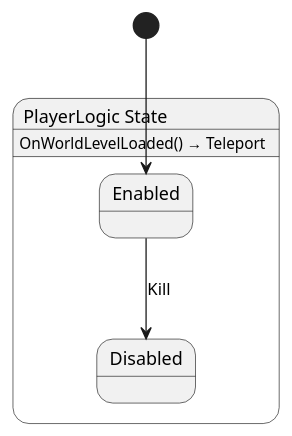
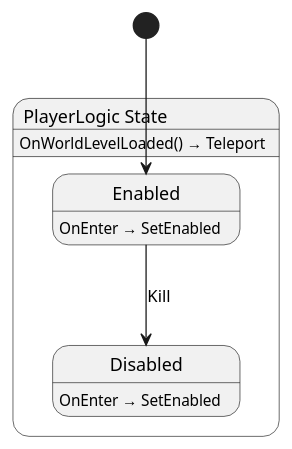
Before and after one commit to nilsiker/yolk: the diagram in Yolk.Logic/Player/PlayerLogic.g.puml, drawn with PlantUML. The commit also changed 6 other files, not shown here.

```diff
--- a/Yolk.Logic/Player/PlayerLogic.g.puml
+++ b/Yolk.Logic/Player/PlayerLogic.g.puml
@@ -1,12 +1,14 @@
 @startuml PlayerLogic
 state "PlayerLogic State" as Yolk_Logic_Player_PlayerLogic_State {
   state "Disabled" as Yolk_Logic_Player_PlayerLogic_State_Disabled
   state "Enabled" as Yolk_Logic_Player_PlayerLogic_State_Enabled
 }
 
 Yolk_Logic_Player_PlayerLogic_State_Enabled --> Yolk_Logic_Player_PlayerLogic_State_Disabled : Kill
 
 Yolk_Logic_Player_PlayerLogic_State : OnWorldLevelLoaded() → Teleport
+Yolk_Logic_Player_PlayerLogic_State_Disabled : OnEnter → SetEnabled
+Yolk_Logic_Player_PlayerLogic_State_Enabled : OnEnter → SetEnabled
 
 [*] --> Yolk_Logic_Player_PlayerLogic_State_Enabled
 @enduml
```
